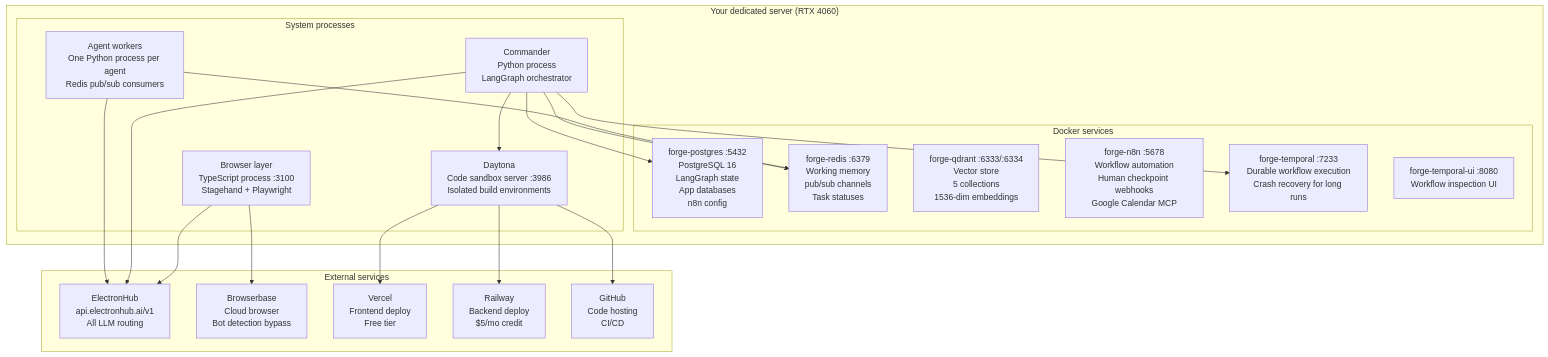
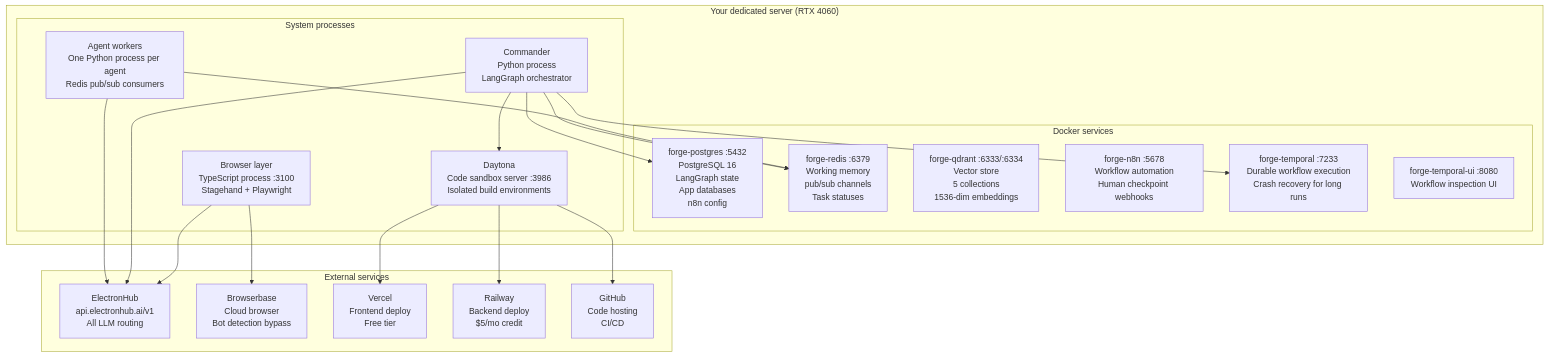
One commit to snowby666/forge changed the first of 4 diagrams in docs/07-infrastructure.md. Above: the diagram before and after it, drawn with Mermaid. The commit also changed other lines of this file and 24 other files, not shown here.

````diff
--- a/docs/07-infrastructure.md
+++ b/docs/07-infrastructure.md
@@ -9,38 +9,38 @@
 ```mermaid
 graph TB
     subgraph SERVER["Your dedicated server (RTX 4060)"]
         subgraph DOCKER["Docker services"]
             PG["forge-postgres :5432\nPostgreSQL 16\nLangGraph state\nApp databases\nn8n config"]
             RD["forge-redis :6379\nWorking memory\npub/sub channels\nTask statuses"]
             QD["forge-qdrant :6333/:6334\nVector store\n5 collections\n1536-dim embeddings"]
-            N8N["forge-n8n :5678\nWorkflow automation\nHuman checkpoint webhooks\nGoogle Calendar MCP"]
+            N8N["forge-n8n :5678\nWorkflow automation\nHuman checkpoint webhooks"]
             TMP["forge-temporal :7233\nDurable workflow execution\nCrash recovery for long runs"]
             TUI["forge-temporal-ui :8080\nWorkflow inspection UI"]
         end
 
         subgraph PROCESS["System processes"]
             CMD["Commander\nPython process\nLangGraph orchestrator"]
             BSV["Browser layer\nTypeScript process :3100\nStagehand + Playwright"]
             DYT["Daytona\nCode sandbox server :3986\nIsolated build environments"]
             WRK["Agent workers\nOne Python process per agent\nRedis pub/sub consumers"]
         end
     end
 
     subgraph EXTERNAL["External services"]
         EH["ElectronHub\napi.electronhub.ai/v1\nAll LLM routing"]
         BB["Browserbase\nCloud browser\nBot detection bypass"]
         VCL["Vercel\nFrontend deploy\nFree tier"]
         RLW["Railway\nBackend deploy\n$5/mo credit"]
         GH["GitHub\nCode hosting\nCI/CD"]
     end
 
     CMD --> PG & RD
     CMD --> TMP
     WRK --> RD
     BSV --> BB
     CMD --> DYT
     DYT --> GH
     DYT --> VCL & RLW
 
     WRK & CMD & BSV --> EH
 ```
````
